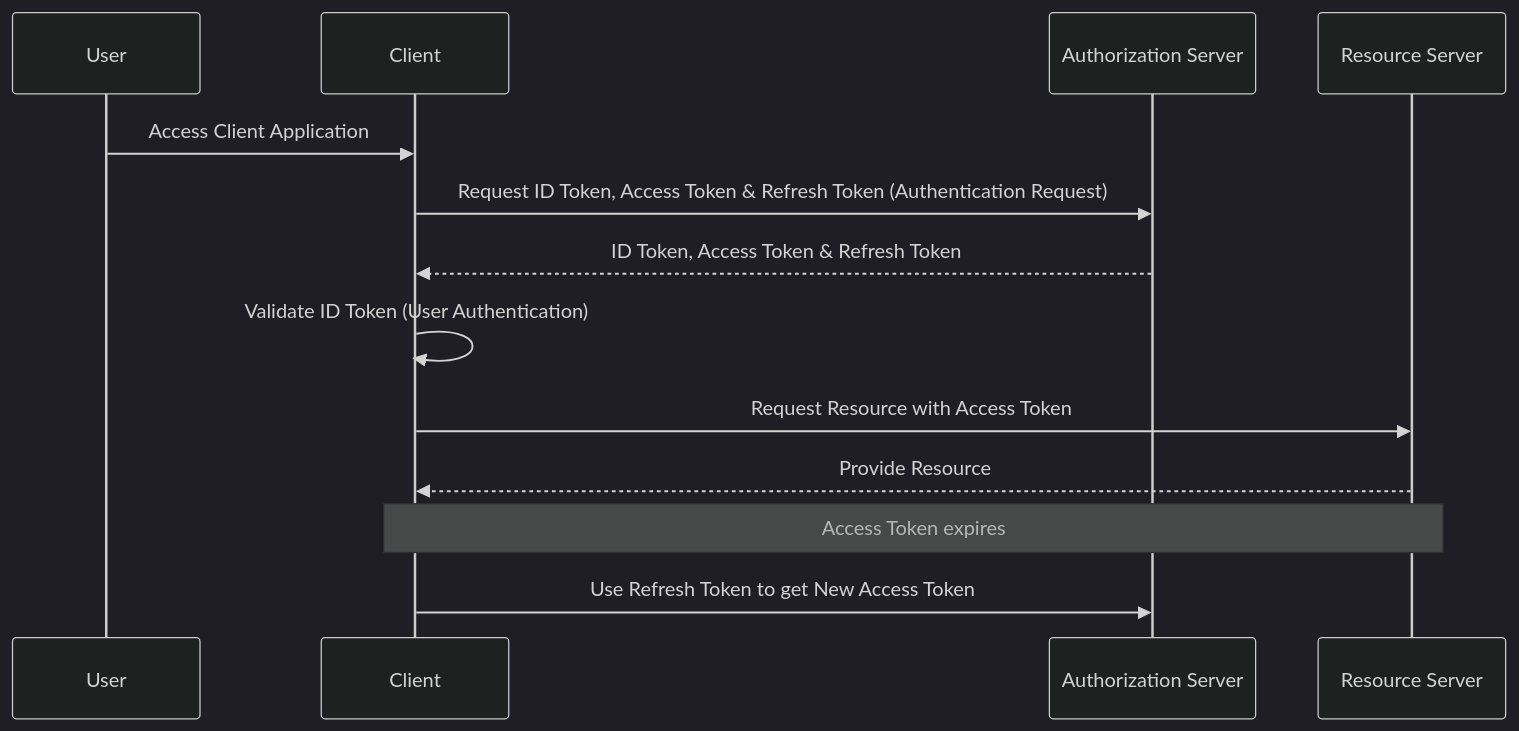
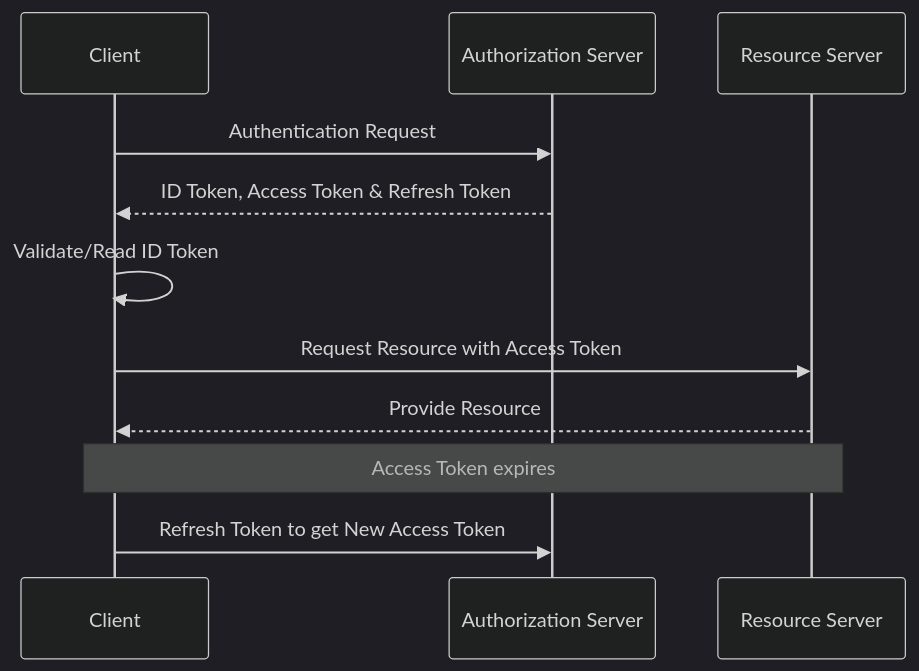
One commit to prannoymulmi/Msc-Thesis--OIDC changed the diagram in mermaid_files/simple_oidc_all_tokens.md. Above: the diagram before and after it, drawn with Mermaid (dark theme). The commit also changed 3 other files, not shown here.

````diff
--- a/mermaid_files/simple_oidc_all_tokens.md
+++ b/mermaid_files/simple_oidc_all_tokens.md
@@ -1,19 +1,17 @@
 ```mermaid
 sequenceDiagram
-    participant User as User
     participant Client as Client
     participant AuthServer as Authorization Server
     participant ResourceServer as Resource Server
 
-    User->>Client: Access Client Application
-    Client->>AuthServer: Request ID Token, Access Token & Refresh Token (Authentication Request)
+    Client->>AuthServer: Authentication Request
     AuthServer-->>Client: ID Token, Access Token & Refresh Token
 
-    Client->>Client: Validate ID Token (User Authentication)
+    Client->>Client: Validate/Read ID Token
     Client->>ResourceServer: Request Resource with Access Token
     ResourceServer-->>Client: Provide Resource
 
     Note over Client,ResourceServer: Access Token expires
 
-    Client->>AuthServer: Use Refresh Token to get New Access Token
+    Client->>AuthServer: Refresh Token to get New Access Token
 ```
````
